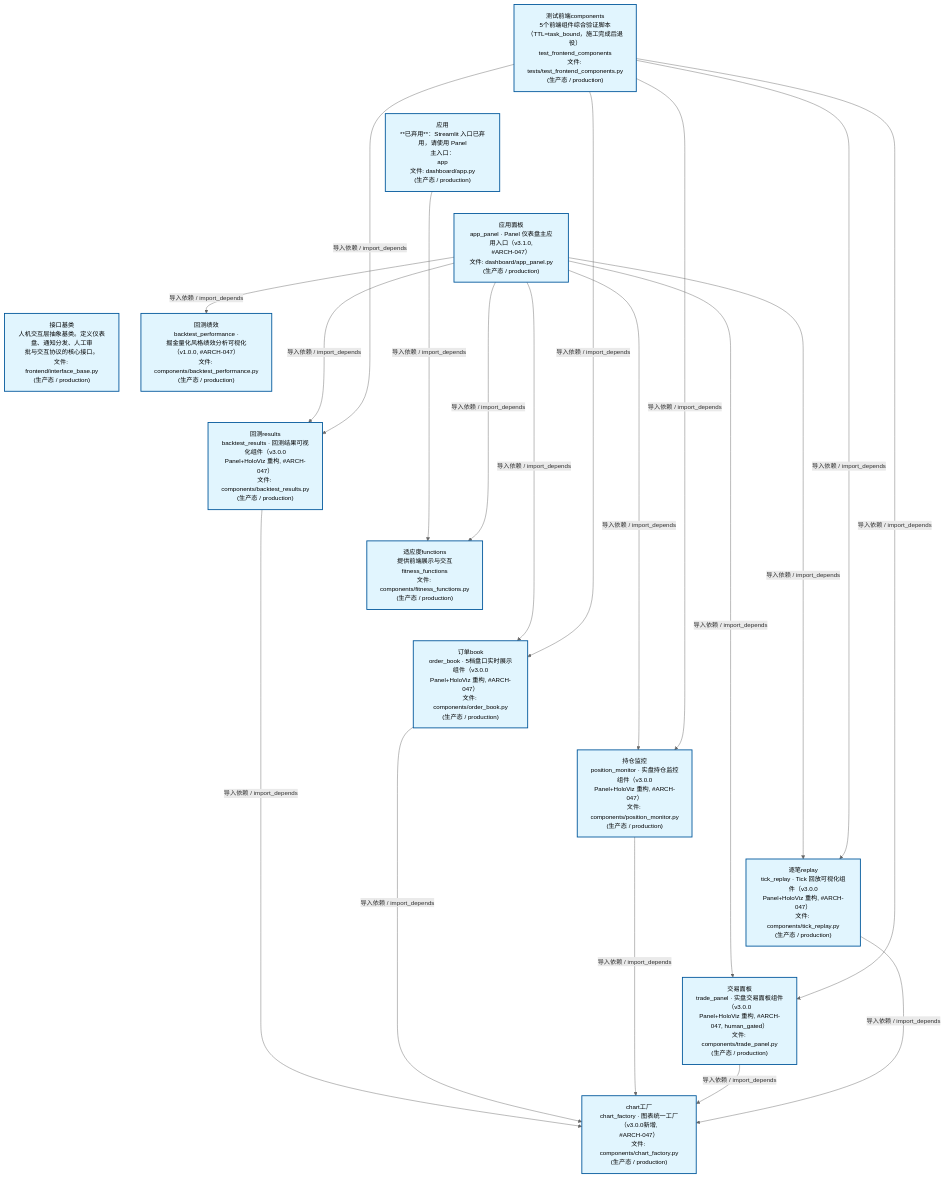
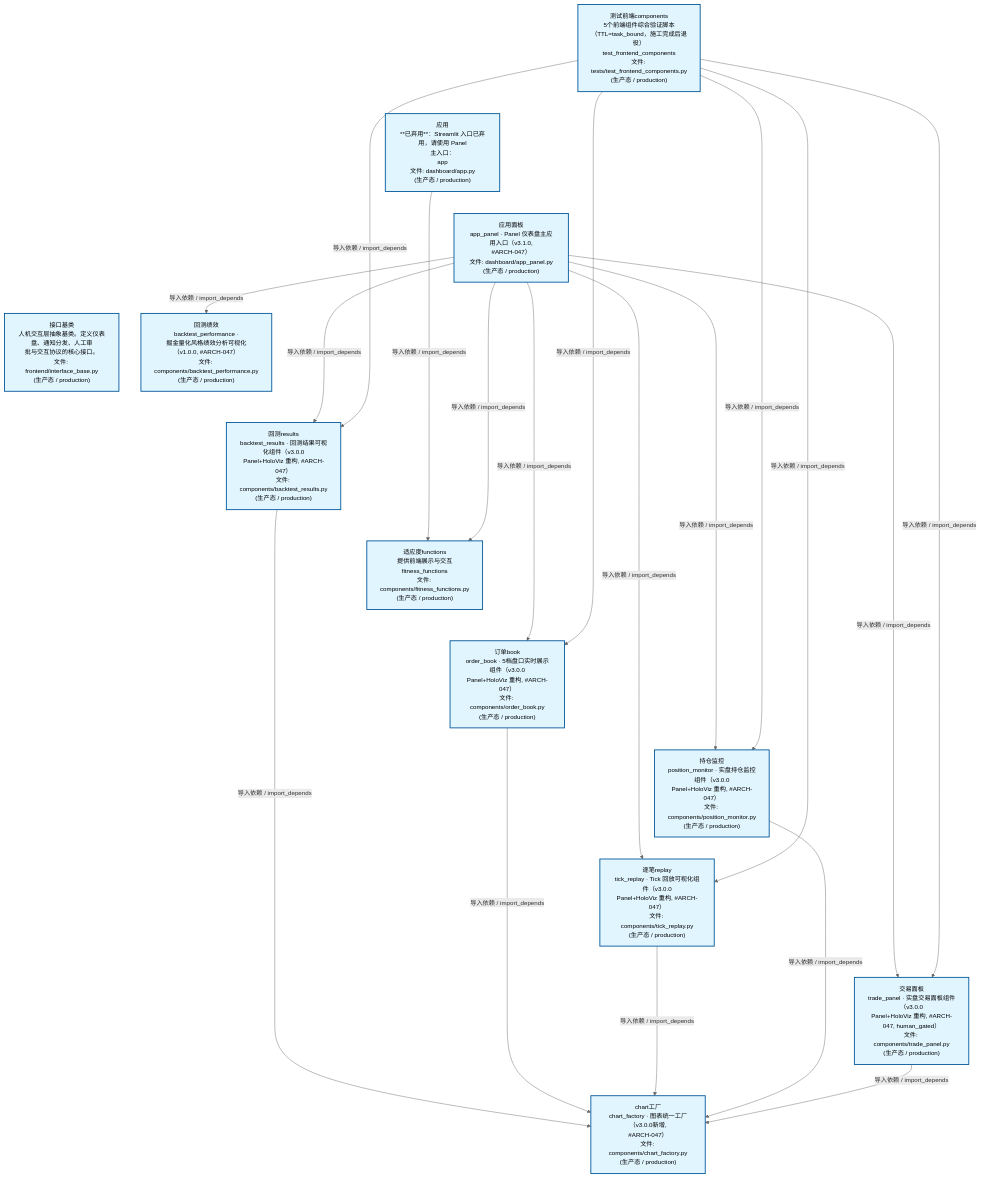
One commit to xuanFelixVan/ZephyrAlpha changed the second of 4 diagrams in docs/02_enterprise_architecture/02_domain_architecture_docs/47_d_frontend.md. Above: the diagram before and after it, drawn with Mermaid. The commit also changed other lines of this file and 46 other files, not shown here.

````diff
--- a/docs/02_enterprise_architecture/02_domain_architecture_docs/47_d_frontend.md
+++ b/docs/02_enterprise_architecture/02_domain_architecture_docs/47_d_frontend.md
@@ -124,48 +124,48 @@
 ```mermaid
 %%{init: {'theme': 'base', 'themeVariables': {'primaryColor': '#eaeaea', 'primaryTextColor': '#333333', 'primaryBorderColor': '#666666', 'lineColor': '#666666', 'secondaryColor': '#eaeaea', 'tertiaryColor': '#eaeaea', 'fontSize': '14px'}}}%%
 flowchart TD
     scripts_tests_test_frontend_components_py["测试前端components<br/>5个前端组件综合验证脚本<br/>（TTL=task_bound，施工完成后退役）<br/>test_frontend_components<br/>文件: tests/test_frontend_components.py<br/>(生产态 / production)"]
     src_zephyr_frontend_dashboard_app_py["应用<br/>**已弃用**：Streamlit 入口已弃用，请使用 Panel<br/>主入口：<br/>app<br/>文件: dashboard/app.py<br/>(生产态 / production)"]
     src_zephyr_frontend_dashboard_app_panel_py["应用面板<br/>app_panel · Panel 仪表盘主应用入口（v3.1.0,<br/>#ARCH-047）<br/>文件: dashboard/app_panel.py<br/>(生产态 / production)"]
     src_zephyr_frontend_interface_base_py["接口基类<br/>人机交互层抽象基类。定义仪表盘、通知分发、人工审<br/>批与交互协议的核心接口。<br/>文件: frontend/interface_base.py<br/>(生产态 / production)"]
     scripts_tests_test_frontend_components_py ~~~ src_zephyr_frontend_dashboard_app_py
     src_zephyr_frontend_dashboard_app_py ~~~ src_zephyr_frontend_dashboard_app_panel_py
     src_zephyr_frontend_dashboard_app_panel_py ~~~ src_zephyr_frontend_interface_base_py
     src_zephyr_frontend_dashboard_components_backtest_performance_py["回测绩效<br/>backtest_performance ·<br/>掘金量化风格绩效分析可视化（v1.0.0, #ARCH-047）<br/>文件: components/backtest_performance.py<br/>(生产态 / production)"]
     src_zephyr_frontend_dashboard_components_backtest_results_py["回测results<br/>backtest_results · 回测结果可视化组件（v3.0.0<br/>Panel+HoloViz 重构, #ARCH-047）<br/>文件: components/backtest_results.py<br/>(生产态 / production)"]
     src_zephyr_frontend_dashboard_components_fitness_functions_py["适应度functions<br/>提供前端展示与交互<br/>fitness_functions<br/>文件: components/fitness_functions.py<br/>(生产态 / production)"]
     src_zephyr_frontend_dashboard_components_order_book_py["订单book<br/>order_book · 5档盘口实时展示组件（v3.0.0<br/>Panel+HoloViz 重构, #ARCH-047）<br/>文件: components/order_book.py<br/>(生产态 / production)"]
     src_zephyr_frontend_dashboard_components_position_monitor_py["持仓监控<br/>position_monitor · 实盘持仓监控组件（v3.0.0<br/>Panel+HoloViz 重构, #ARCH-047）<br/>文件: components/position_monitor.py<br/>(生产态 / production)"]
     src_zephyr_frontend_dashboard_components_tick_replay_py["逐笔replay<br/>tick_replay · Tick 回放可视化组件（v3.0.0<br/>Panel+HoloViz 重构, #ARCH-047）<br/>文件: components/tick_replay.py<br/>(生产态 / production)"]
     src_zephyr_frontend_dashboard_components_trade_panel_py["交易面板<br/>trade_panel · 实盘交易面板组件（v3.0.0<br/>Panel+HoloViz 重构, #ARCH-047, human_gated）<br/>文件: components/trade_panel.py<br/>(生产态 / production)"]
     src_zephyr_frontend_dashboard_components_backtest_performance_py ~~~ src_zephyr_frontend_dashboard_components_backtest_results_py
     src_zephyr_frontend_dashboard_components_backtest_results_py ~~~ src_zephyr_frontend_dashboard_components_fitness_functions_py
     src_zephyr_frontend_dashboard_components_fitness_functions_py ~~~ src_zephyr_frontend_dashboard_components_order_book_py
     src_zephyr_frontend_dashboard_components_order_book_py ~~~ src_zephyr_frontend_dashboard_components_position_monitor_py
     src_zephyr_frontend_dashboard_components_position_monitor_py ~~~ src_zephyr_frontend_dashboard_components_tick_replay_py
     src_zephyr_frontend_dashboard_components_tick_replay_py ~~~ src_zephyr_frontend_dashboard_components_trade_panel_py
     src_zephyr_frontend_dashboard_components_chart_factory_py["chart工厂<br/>chart_factory · 图表统一工厂（v3.0.0新增,<br/>#ARCH-047）<br/>文件: components/chart_factory.py<br/>(生产态 / production)"]
     src_zephyr_frontend_dashboard_app_py -->|导入依赖 / import_depends| src_zephyr_frontend_dashboard_components_fitness_functions_py
     src_zephyr_frontend_dashboard_components_backtest_results_py -->|导入依赖 / import_depends| src_zephyr_frontend_dashboard_components_chart_factory_py
+    src_zephyr_frontend_dashboard_app_panel_py -->|导入依赖 / import_depends| src_zephyr_frontend_dashboard_components_backtest_performance_py
+    src_zephyr_frontend_dashboard_app_panel_py -->|导入依赖 / import_depends| src_zephyr_frontend_dashboard_components_fitness_functions_py
     src_zephyr_frontend_dashboard_app_panel_py -->|导入依赖 / import_depends| src_zephyr_frontend_dashboard_components_backtest_results_py
-    src_zephyr_frontend_dashboard_app_panel_py -->|导入依赖 / import_depends| src_zephyr_frontend_dashboard_components_backtest_performance_py
     src_zephyr_frontend_dashboard_app_panel_py -->|导入依赖 / import_depends| src_zephyr_frontend_dashboard_components_order_book_py
-    src_zephyr_frontend_dashboard_app_panel_py -->|导入依赖 / import_depends| src_zephyr_frontend_dashboard_components_fitness_functions_py
+    src_zephyr_frontend_dashboard_app_panel_py -->|导入依赖 / import_depends| src_zephyr_frontend_dashboard_components_tick_replay_py
     src_zephyr_frontend_dashboard_app_panel_py -->|导入依赖 / import_depends| src_zephyr_frontend_dashboard_components_position_monitor_py
     src_zephyr_frontend_dashboard_app_panel_py -->|导入依赖 / import_depends| src_zephyr_frontend_dashboard_components_trade_panel_py
-    src_zephyr_frontend_dashboard_app_panel_py -->|导入依赖 / import_depends| src_zephyr_frontend_dashboard_components_tick_replay_py
     src_zephyr_frontend_dashboard_components_order_book_py -->|导入依赖 / import_depends| src_zephyr_frontend_dashboard_components_chart_factory_py
+    src_zephyr_frontend_dashboard_components_tick_replay_py -->|导入依赖 / import_depends| src_zephyr_frontend_dashboard_components_chart_factory_py
     src_zephyr_frontend_dashboard_components_position_monitor_py -->|导入依赖 / import_depends| src_zephyr_frontend_dashboard_components_chart_factory_py
     src_zephyr_frontend_dashboard_components_trade_panel_py -->|导入依赖 / import_depends| src_zephyr_frontend_dashboard_components_chart_factory_py
-    src_zephyr_frontend_dashboard_components_tick_replay_py -->|导入依赖 / import_depends| src_zephyr_frontend_dashboard_components_chart_factory_py
     scripts_tests_test_frontend_components_py -->|导入依赖 / import_depends| src_zephyr_frontend_dashboard_components_backtest_results_py
     scripts_tests_test_frontend_components_py -->|导入依赖 / import_depends| src_zephyr_frontend_dashboard_components_order_book_py
+    scripts_tests_test_frontend_components_py -->|导入依赖 / import_depends| src_zephyr_frontend_dashboard_components_tick_replay_py
     scripts_tests_test_frontend_components_py -->|导入依赖 / import_depends| src_zephyr_frontend_dashboard_components_position_monitor_py
     scripts_tests_test_frontend_components_py -->|导入依赖 / import_depends| src_zephyr_frontend_dashboard_components_trade_panel_py
-    scripts_tests_test_frontend_components_py -->|导入依赖 / import_depends| src_zephyr_frontend_dashboard_components_tick_replay_py
     classDef production fill:#e1f5fe,stroke:#01579b,stroke-width:2px,color:#000
     classDef design fill:#fff3e0,stroke:#e65100,stroke-width:2px,color:#000,stroke-dasharray: 5 5
     classDef external_prod fill:#e8f4fd,stroke:#0277bd,stroke-width:1px,color:#000
     classDef external_design fill:#fff8e7,stroke:#ef6c00,stroke-width:1px,color:#000,stroke-dasharray: 5 5
     class scripts_tests_test_frontend_components_py,src_zephyr_frontend_dashboard_app_py,src_zephyr_frontend_dashboard_app_panel_py,src_zephyr_frontend_dashboard_components_backtest_performance_py,src_zephyr_frontend_dashboard_components_backtest_results_py,src_zephyr_frontend_dashboard_components_chart_factory_py,src_zephyr_frontend_dashboard_components_fitness_functions_py,src_zephyr_frontend_dashboard_components_order_book_py,src_zephyr_frontend_dashboard_components_position_monitor_py,src_zephyr_frontend_dashboard_components_tick_replay_py,src_zephyr_frontend_dashboard_components_trade_panel_py,src_zephyr_frontend_interface_base_py production
 ```
````
